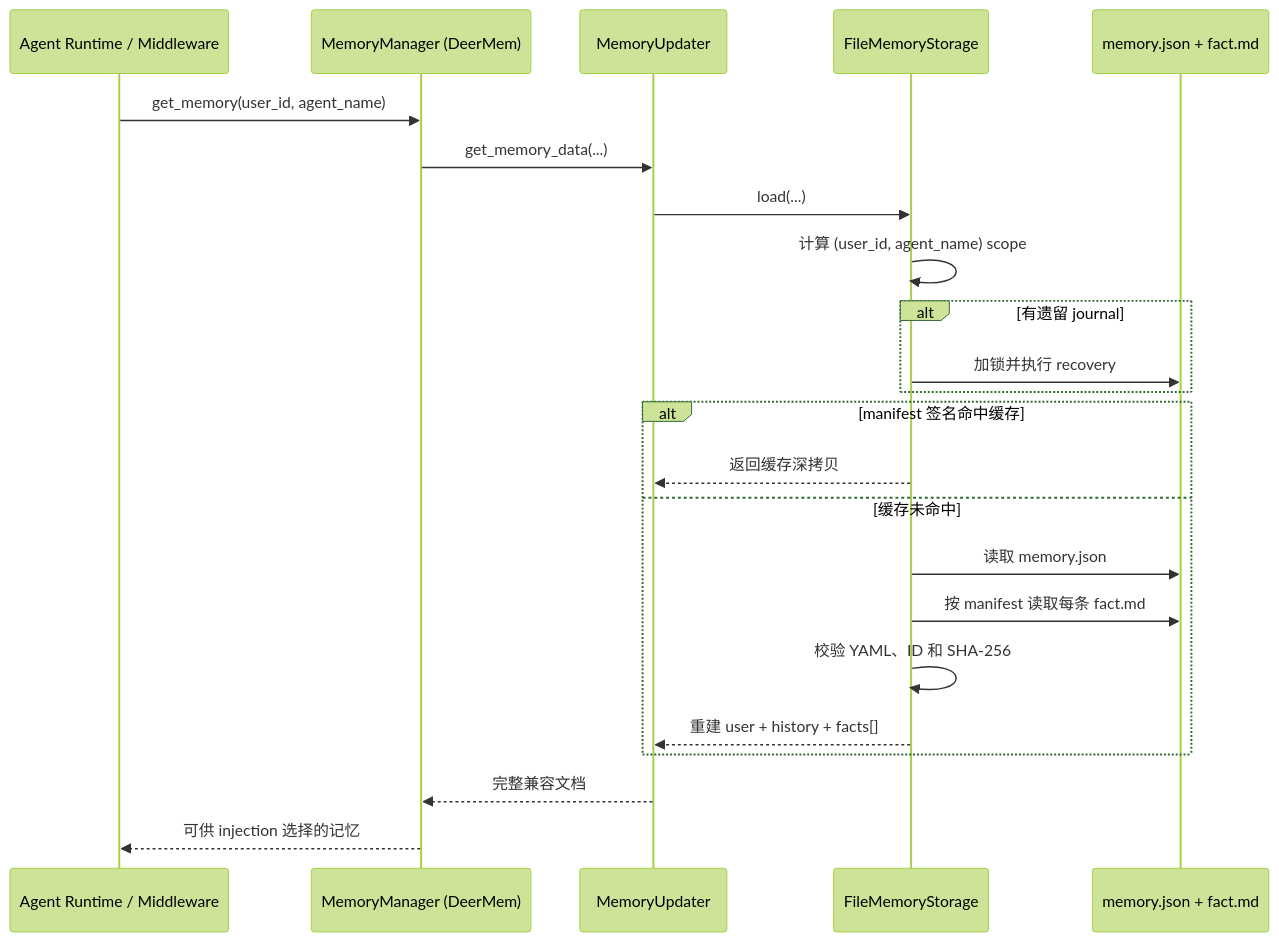
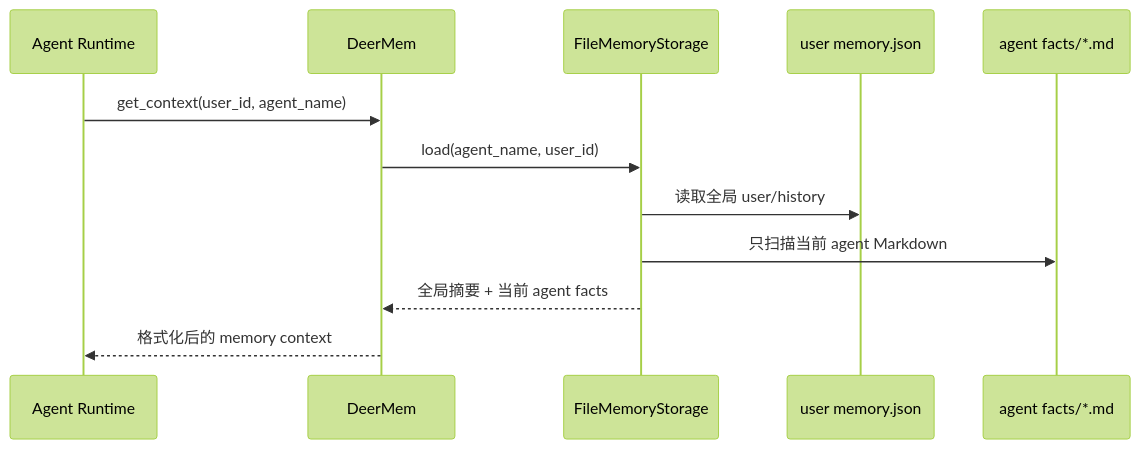
Before and after one commit to qin-chenghan/deer-flow: the second of 3 diagrams in docs/plans/STORAGE_REWRITE_CHANGES.md, drawn with Mermaid (forest theme). The commit also changed other lines of this file and 13 other files, not shown here.

Commit message:
refactor(memory): separate global summaries from agent facts

````diff
--- a/docs/plans/STORAGE_REWRITE_CHANGES.md
+++ b/docs/plans/STORAGE_REWRITE_CHANGES.md
@@ -794,26 +460,15 @@
 ```mermaid
 sequenceDiagram
-    participant Runtime as Agent Runtime / Middleware
-    participant Manager as MemoryManager (DeerMem)
-    participant Updater as MemoryUpdater
+    participant Runtime as Agent Runtime
+    participant Manager as DeerMem
     participant Storage as FileMemoryStorage
-    participant Disk as memory.json + fact.md
+    participant JSON as user memory.json
+    participant MD as agent facts/*.md
 
-    Runtime->>Manager: get_memory(user_id, agent_name)
-    Manager->>Updater: get_memory_data(...)
-    Updater->>Storage: load(...)
-    Storage->>Storage: 计算 (user_id, agent_name) scope
-    alt 有遗留 journal
-        Storage->>Disk: 加锁并执行 recovery
-    end
-    alt manifest 签名命中缓存
-        Storage-->>Updater: 返回缓存深拷贝
-    else 缓存未命中
-        Storage->>Disk: 读取 memory.json
-        Storage->>Disk: 按 manifest 读取每条 fact.md
-        Storage->>Storage: 校验 YAML、ID 和 SHA-256
-        Storage-->>Updater: 重建 user + history + facts[]
-    end
-    Updater-->>Manager: 完整兼容文档
-    Manager-->>Runtime: 可供 injection 选择的记忆
+    Runtime->>Manager: get_context(user_id, agent_name)
+    Manager->>Storage: load(agent_name, user_id)
+    Storage->>JSON: 读取全局 user/history
+    Storage->>MD: 只扫描当前 agent Markdown
+    Storage-->>Manager: 全局摘要 + 当前 agent facts
+    Manager-->>Runtime: 格式化后的 memory context
 ```
````
